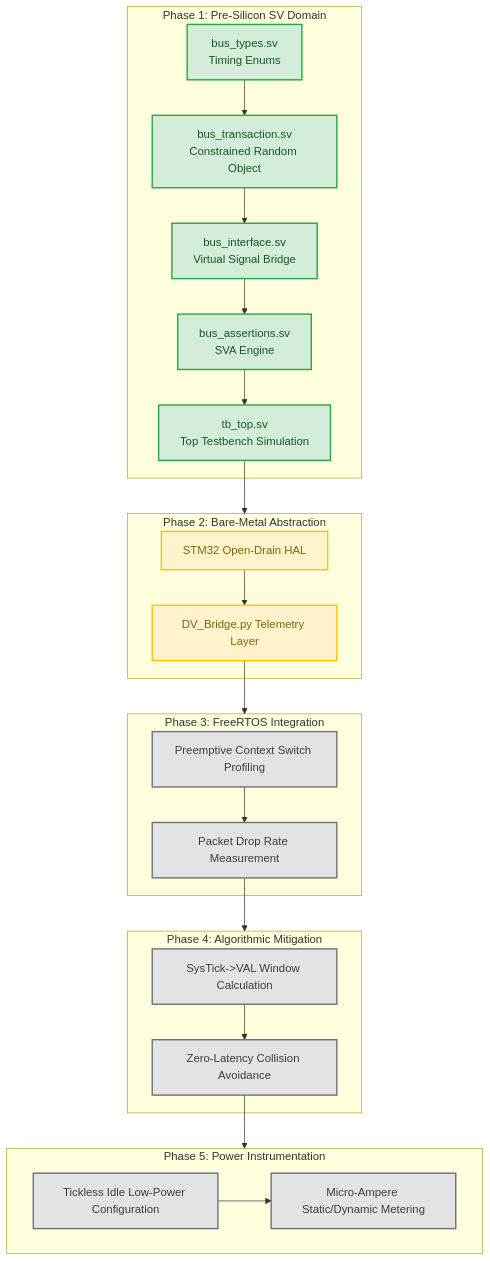
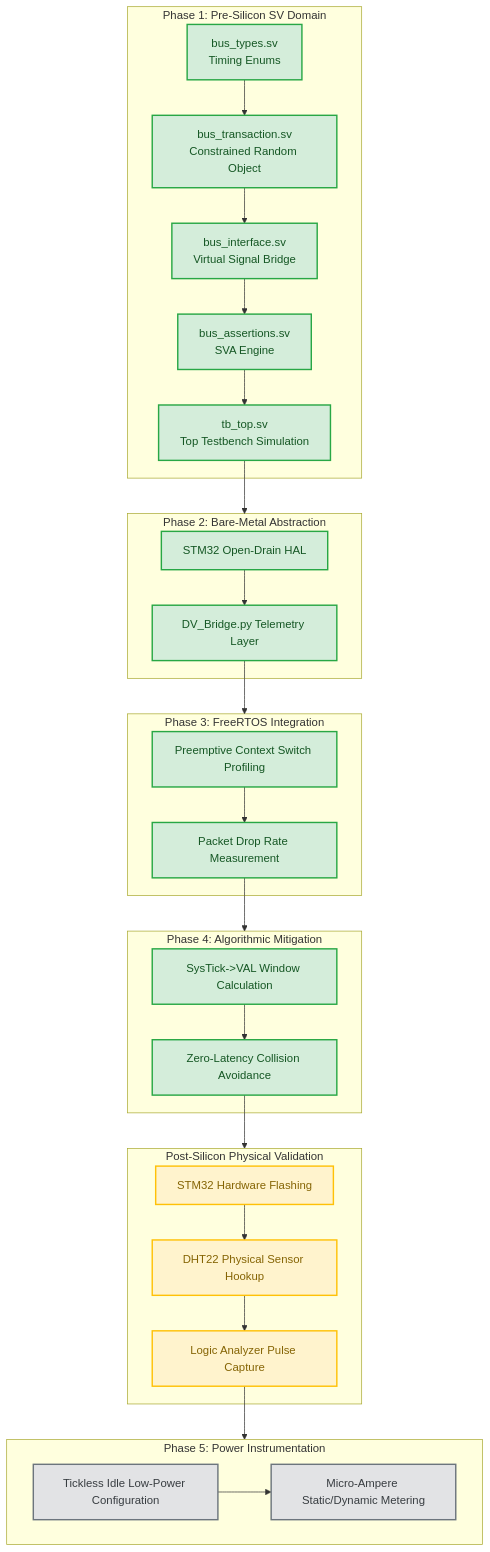
Before and after one commit to ShaneT2010/rtos-safe-bus-scheduler: the diagram in DEVELOPMENT_LOG.md, drawn with Mermaid. The commit also changed other lines of this file, not shown here.

````diff
--- a/DEVELOPMENT_LOG.md
+++ b/DEVELOPMENT_LOG.md
@@ -10,44 +10,51 @@
 ```mermaid
 graph TD
     %% Styling Classes Definitions
     classDef completed fill:#d4edda,stroke:#28a745,stroke-width:2px,color:#155724;
     classDef active fill:#fff3cd,stroke:#ffc107,stroke-width:2px,color:#856404;
     classDef pending fill:#e2e3e5,stroke:#6c757d,stroke-width:2px,color:#383d41;
 
     %% Phase 1 Blocks
     subgraph P1 [Phase 1: Pre-Silicon SV Domain]
         A[bus_types.sv<br>Timing Enums] --> B[bus_transaction.sv<br>Constrained Random Object]
         B --> C[bus_interface.sv<br>Virtual Signal Bridge]
         C --> D[bus_assertions.sv<br>SVA Engine]
         D --> E[tb_top.sv<br>Top Testbench Simulation]
     end
 
     %% Phase 2 & 3 Blocks
     subgraph P2 [Phase 2: Bare-Metal Abstraction]
         F[STM32 Open-Drain HAL] --> G[DV_Bridge.py Telemetry Layer]
     end
 
     subgraph P3 [Phase 3: FreeRTOS Integration]
         H[Preemptive Context Switch Profiling] --> I[Packet Drop Rate Measurement]
     end
 
     %% Phase 4 & 5 Blocks
     subgraph P4 [Phase 4: Algorithmic Mitigation]
         J[SysTick->VAL Window Calculation] --> K[Zero-Latency Collision Avoidance]
     end
 
+    %% Post-Silicon Physical Verification Blocks (Parallel Track)
+    subgraph P_HW [Post-Silicon Physical Validation]
+        HW1[STM32 Hardware Flashing] --> HW2[DHT22 Physical Sensor Hookup]
+        HW2 --> HW3[Logic Analyzer Pulse Capture]
+    end
+
     subgraph P5 [Phase 5: Power Instrumentation]
         L[Tickless Idle Low-Power Configuration] --> M[Micro-Ampere Static/Dynamic Metering]
     end
 
-    %% System Dependencies Linkage (Optimized to prevent text overlap)
+    %% System Dependencies Linkage (Optimized Dual-Track Routing)
     E --> P2
     G --> P3
     I --> P4
-    K --> P5
+    K --> P_HW
+    HW3 --> P5
 
-    %% Apply Status Classes (Dynamically Updated)
-    class A,B,C,D,E completed;
-    class F,G active;
-    class H,I,J,K,L,M pending;
+    %% Apply Status Classes (Dynamically Updated for Phase 4 Completion)
+    class A,B,C,D,E,F,G,H,I,J,K completed;
+    class HW1,HW2,HW3 active;
+    class L,M pending;
 ```
````
